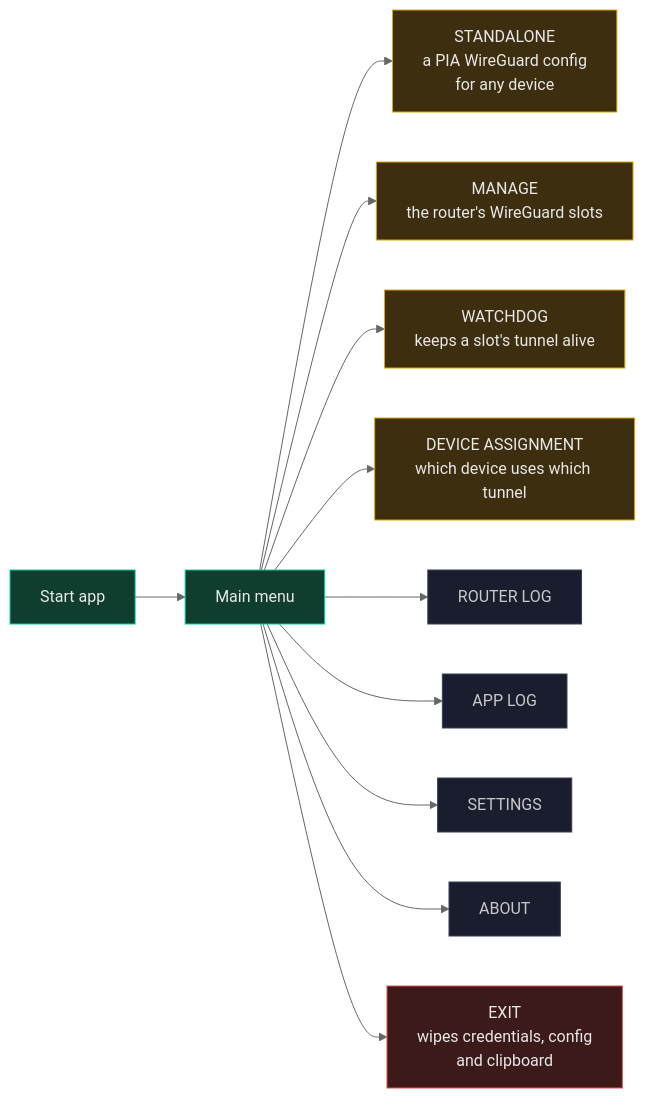
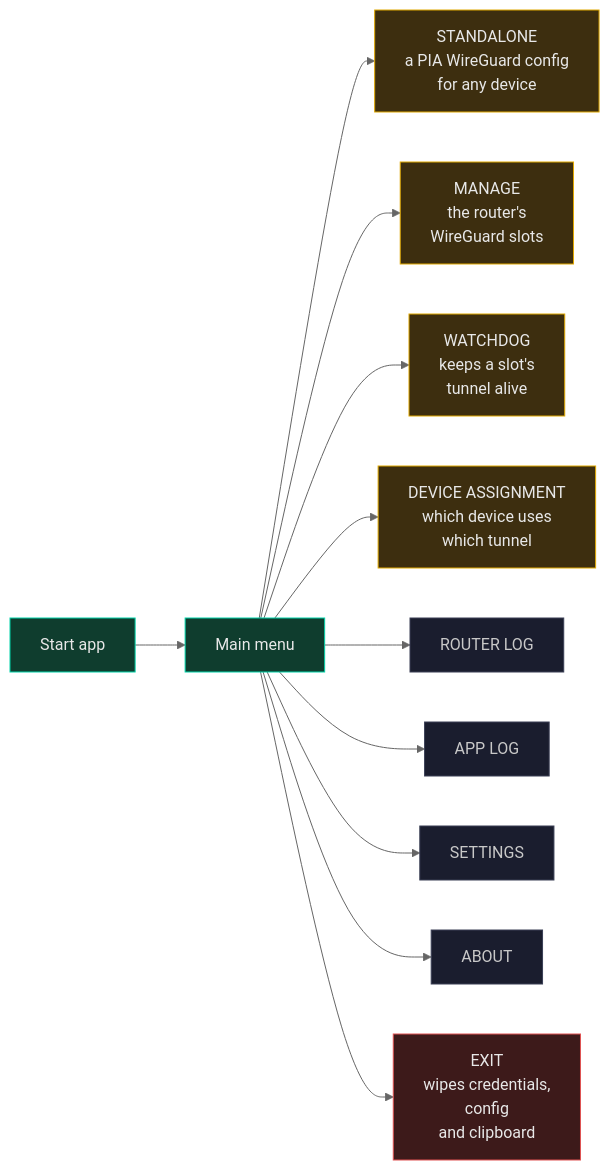
One commit to ExponentiallyDigital/cfg-pia-wg changed the first of 8 diagrams in ARCHITECTURE.md. Above: the diagram before and after it, drawn with Mermaid (neutral theme). The commit also changed other lines of this file and 18 other files, not shown here.

Commit message:
v0.8.101 build 471 - two windows on the router's DNS, and a removed watchdog stays stopped

````diff
--- a/ARCHITECTURE.md
+++ b/ARCHITECTURE.md
@@ -154,22 +154,22 @@
 ```mermaid
 flowchart LR
     A["Start app"] --> B["Main menu"]
     B --> C["STANDALONE<br/>a PIA WireGuard config<br/>for any device"]
-    B --> D["MANAGE<br/>the router's WireGuard slots"]
-    B --> E["WATCHDOG<br/>keeps a slot's tunnel alive"]
-    B --> DA["DEVICE ASSIGNMENT<br/>which device uses which tunnel"]
+    B --> D["MANAGE<br/>the router's<br/>WireGuard slots"]
+    B --> E["WATCHDOG<br/>keeps a slot's<br/>tunnel alive"]
+    B --> DA["DEVICE ASSIGNMENT<br/>which device uses<br/>which tunnel"]
     B --> RL["ROUTER LOG"]
     B --> AL["APP LOG"]
     B --> ST["SETTINGS"]
     B --> AB["ABOUT"]
-    B --> X["EXIT<br/>wipes credentials, config<br/>and clipboard"]
+    B --> X["EXIT<br/>wipes credentials,<br/>config<br/>and clipboard"]
 
     classDef go fill:#0F3D2E,stroke:#00D4AA,color:#E8E8E8
     classDef bad fill:#3D1A1A,stroke:#E05252,color:#E8E8E8
     classDef work fill:#3D2E0F,stroke:#E0A800,color:#E8E8E8
     classDef step fill:#1A1D2E,stroke:#3A3F55,color:#C8C8C8
     class A,B go
     class C,D,E,DA work
     class RL,AL,ST,AB step
     class X bad
 ```
````
